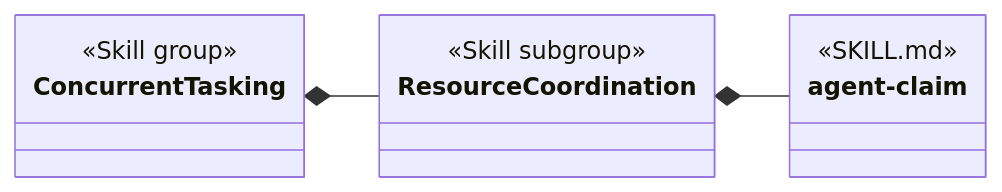
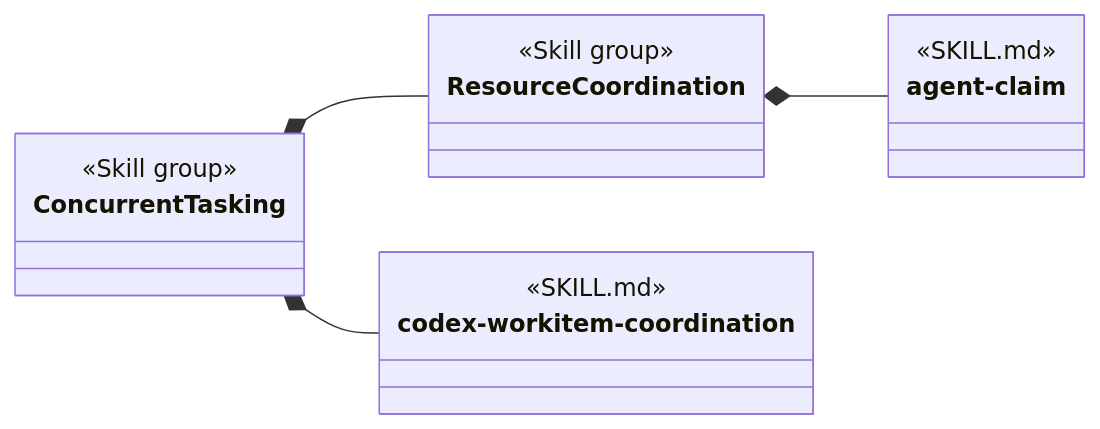
The fifth of 11 diagrams in design/object-oriented-agent-and-skill-model.md (martinbechard/dev-methodology), drawn with Mermaid before and after one commit. The commit also changed other lines of this file and 5 other files, not shown here.

Commit message:
docs: define nested skill group containment

````diff
--- a/design/object-oriented-agent-and-skill-model.md
+++ b/design/object-oriented-agent-and-skill-model.md
@@ -295,19 +303,24 @@
 ```mermaid
 classDiagram
     direction LR
 
     class ConcurrentTasking {
         <<Skill group>>
     }
 
     class ResourceCoordination {
-        <<Skill subgroup>>
+        <<Skill group>>
+    }
+
+    class codex-workitem-coordination {
+        <<SKILL.md>>
     }
 
     class agent-claim {
         <<SKILL.md>>
     }
 
+    ConcurrentTasking *-- codex-workitem-coordination
     ConcurrentTasking *-- ResourceCoordination
     ResourceCoordination *-- agent-claim
 ```
````
